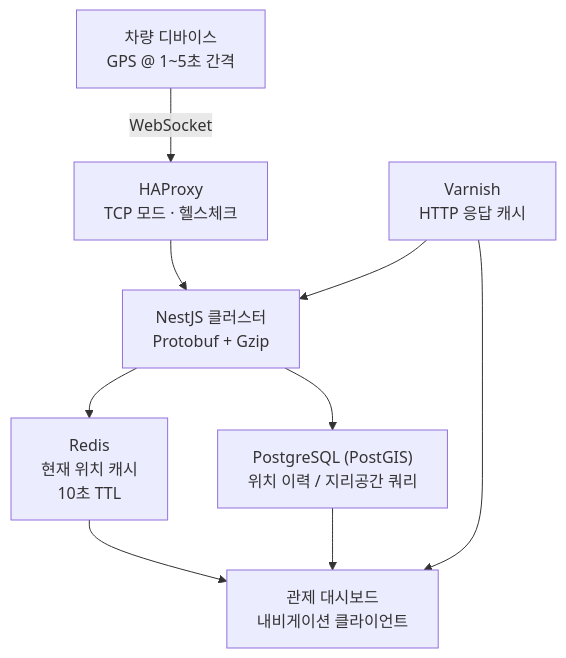
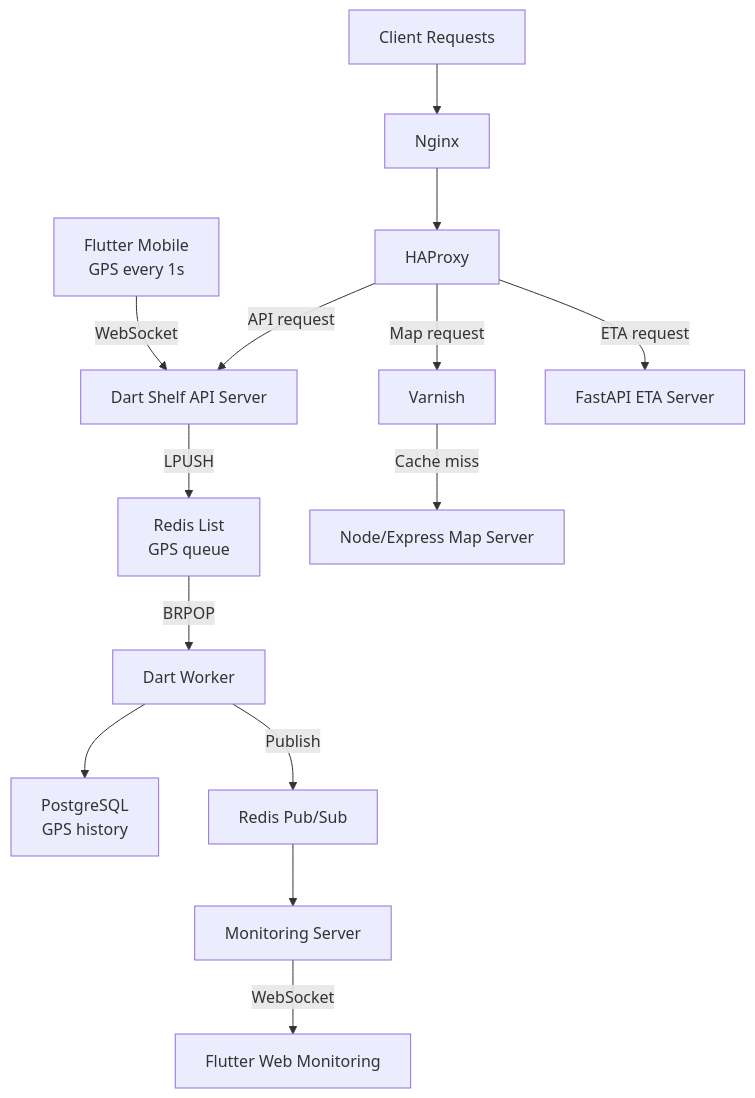
The diagram in content/ko/projects/realtime-platform.mdx (Kaewdisorn/portfolio), drawn with Mermaid before and after one commit. The commit also changed other lines of this file and 1 other file, not shown here.

````diff
--- a/content/ko/projects/realtime-platform.mdx
+++ b/content/ko/projects/realtime-platform.mdx
@@ -64,11 +83,16 @@
 ```mermaid
 flowchart TD
-    VD["차량 디바이스\nGPS @ 1~5초 간격"] -->|WebSocket| LB["HAProxy\nTCP 모드 · 헬스체크"]
-    LB --> NJ["NestJS 클러스터\nProtobuf + Gzip"]
-    NJ --> RD["Redis\n현재 위치 캐시\n10초 TTL"]
-    NJ --> PG["PostgreSQL (PostGIS)\n위치 이력 / 지리공간 쿼리"]
-    RD --> DS["관제 대시보드\n내비게이션 클라이언트"]
-    PG --> DS
-    VC["Varnish\nHTTP 응답 캐시"] --> DS
-    VC --> NJ
+    FM["Flutter Mobile\nGPS every 1s"] -->|WebSocket| DS["Dart Shelf API Server"]
+    DS -->|LPUSH| RQ["Redis List\nGPS queue"]
+    RQ -->|BRPOP| WK["Dart Worker"]
+    WK --> PG["PostgreSQL\nGPS history"]
+    WK -->|Publish| RP["Redis Pub/Sub"]
+    RP --> MS["Monitoring Server"]
+    MS -->|WebSocket| FW["Flutter Web Monitoring"]
+    CL["Client Requests"] --> NG["Nginx"]
+    NG --> HP["HAProxy"]
+    HP -->|Map request| VA["Varnish"]
+    VA -->|Cache miss| MP["Node/Express Map Server"]
+    HP -->|API request| DS
+    HP -->|ETA request| ETA["FastAPI ETA Server"]
 ```
````
